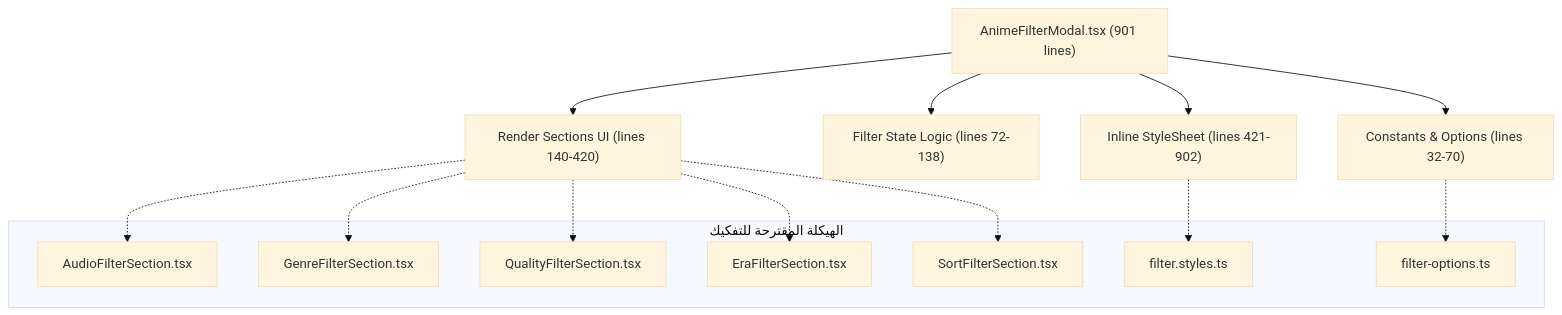
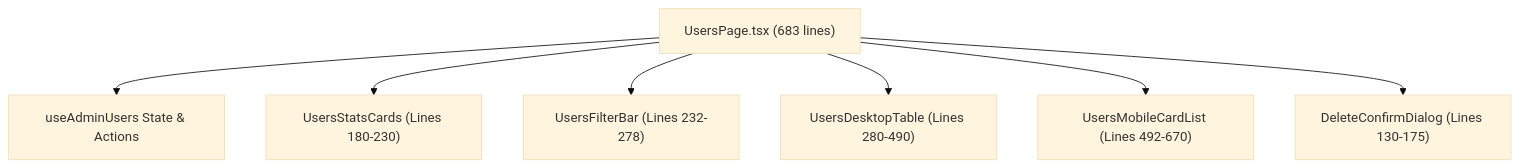
The second of 3 diagrams in LARGE_FILES_ANALYSIS.md (ammarnaass/slam-dunk-w), drawn with Mermaid (base theme) before and after one commit. The commit also changed other lines of this file and 108 other files, not shown here.

First line of the commit message:
refactor: modularize large admin and mobile components to eliminate technical debt

````diff
--- a/LARGE_FILES_ANALYSIS.md
+++ b/LARGE_FILES_ANALYSIS.md
@@ -102,21 +217,9 @@
 ```mermaid
 graph TD
-    A["AnimeFilterModal.tsx (901 lines)"] --> B["Constants & Options (lines 32-70)"]
-    A --> C["Filter State Logic (lines 72-138)"]
-    A --> D["Render Sections UI (lines 140-420)"]
-    A --> E["Inline StyleSheet (lines 421-902)"]
-    
-    subgraph "الهيكلة المقترحة للتفكيك"
-        D1["AudioFilterSection.tsx"]
-        D2["GenreFilterSection.tsx"]
-        D3["QualityFilterSection.tsx"]
-        D4["EraFilterSection.tsx"]
-        D5["SortFilterSection.tsx"]
-        S1["filter.styles.ts"]
-        C1["filter-options.ts"]
-    end
-    
-    B -.-> C1
-    E -.-> S1
-    D -.-> D1 & D2 & D3 & D4 & D5
+    UsersPage["UsersPage.tsx (683 lines)"] --> Hook["useAdminUsers State & Actions"]
+    UsersPage --> Stats["UsersStatsCards (Lines 180-230)"]
+    UsersPage --> Filter["UsersFilterBar (Lines 232-278)"]
+    UsersPage --> Desktop["UsersDesktopTable (Lines 280-490)"]
+    UsersPage --> Mobile["UsersMobileCardList (Lines 492-670)"]
+    UsersPage --> Modals["DeleteConfirmDialog (Lines 130-175)"]
 ```
````
